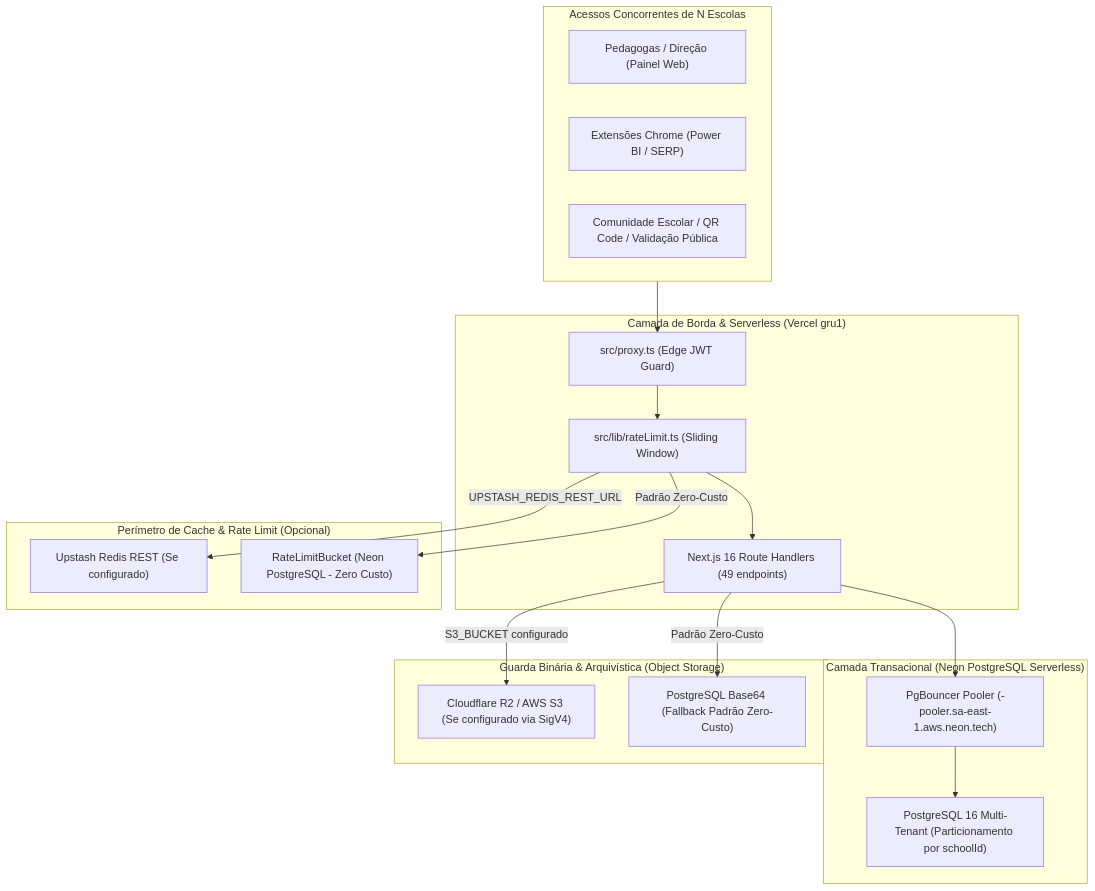
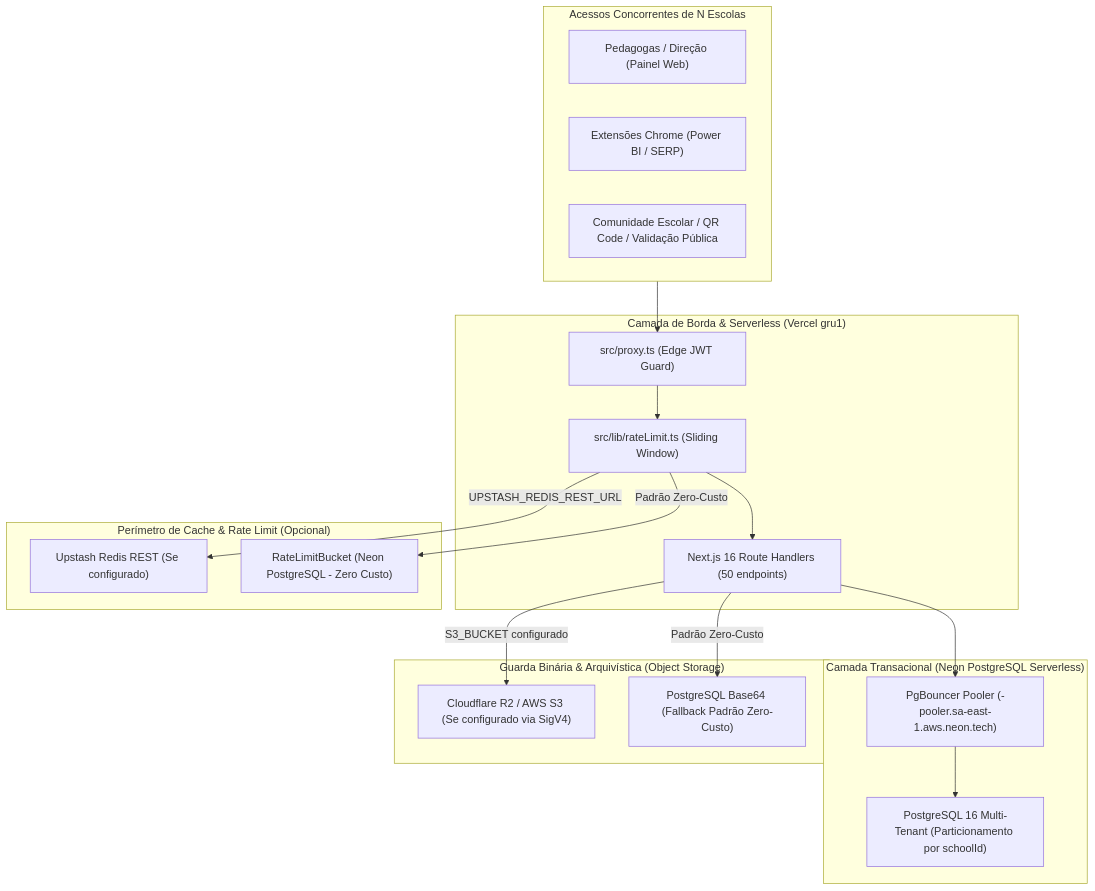
One commit to MarcosWrobel/rede-ativa changed the diagram in docs/GUIA_ESCALABILIDADE.md. Above: the diagram before and after it, drawn with Mermaid. The commit also changed other lines of this file and 34 other files, not shown here.

````diff
--- a/docs/GUIA_ESCALABILIDADE.md
+++ b/docs/GUIA_ESCALABILIDADE.md
@@ -24,37 +24,37 @@
 ```mermaid
 flowchart TD
     subgraph CLIENTS ["Acessos Concorrentes de N Escolas"]
         PED["Pedagogas / Direção (Painel Web)"]
         EXT["Extensões Chrome (Power BI / SERP)"]
         PUB["Comunidade Escolar / QR Code / Validação Pública"]
     end
 
     subgraph VERCEL ["Camada de Borda & Serverless (Vercel gru1)"]
         PROXY["src/proxy.ts (Edge JWT Guard)"]
         RL["src/lib/rateLimit.ts (Sliding Window)"]
-        API["Next.js 16 Route Handlers (49 endpoints)"]
+        API["Next.js 16 Route Handlers (50 endpoints)"]
     end
 
     subgraph CACHE ["Perímetro de Cache & Rate Limit (Opcional)"]
         UPSTASH["Upstash Redis REST (Se configurado)"]
         PGLIM["RateLimitBucket (Neon PostgreSQL - Zero Custo)"]
     end
 
     subgraph DB ["Camada Transacional (Neon PostgreSQL Serverless)"]
         POOLER["PgBouncer Pooler (-pooler.sa-east-1.aws.neon.tech)"]
         NEON["PostgreSQL 16 Multi-Tenant (Particionamento por schoolId)"]
     end
 
     subgraph STORAGE ["Guarda Binária & Arquivística (Object Storage)"]
         R2["Cloudflare R2 / AWS S3 (Se configurado via SigV4)"]
         FALLBACK["PostgreSQL Base64 (Fallback Padrão Zero-Custo)"]
     end
 
     CLIENTS --> PROXY --> RL
     RL -->|"UPSTASH_REDIS_REST_URL"| UPSTASH
     RL -->|"Padrão Zero-Custo"| PGLIM
     RL --> API
     API --> POOLER --> NEON
     API -->|"S3_BUCKET configurado"| R2
     API -->|"Padrão Zero-Custo"| FALLBACK
 ```
````
